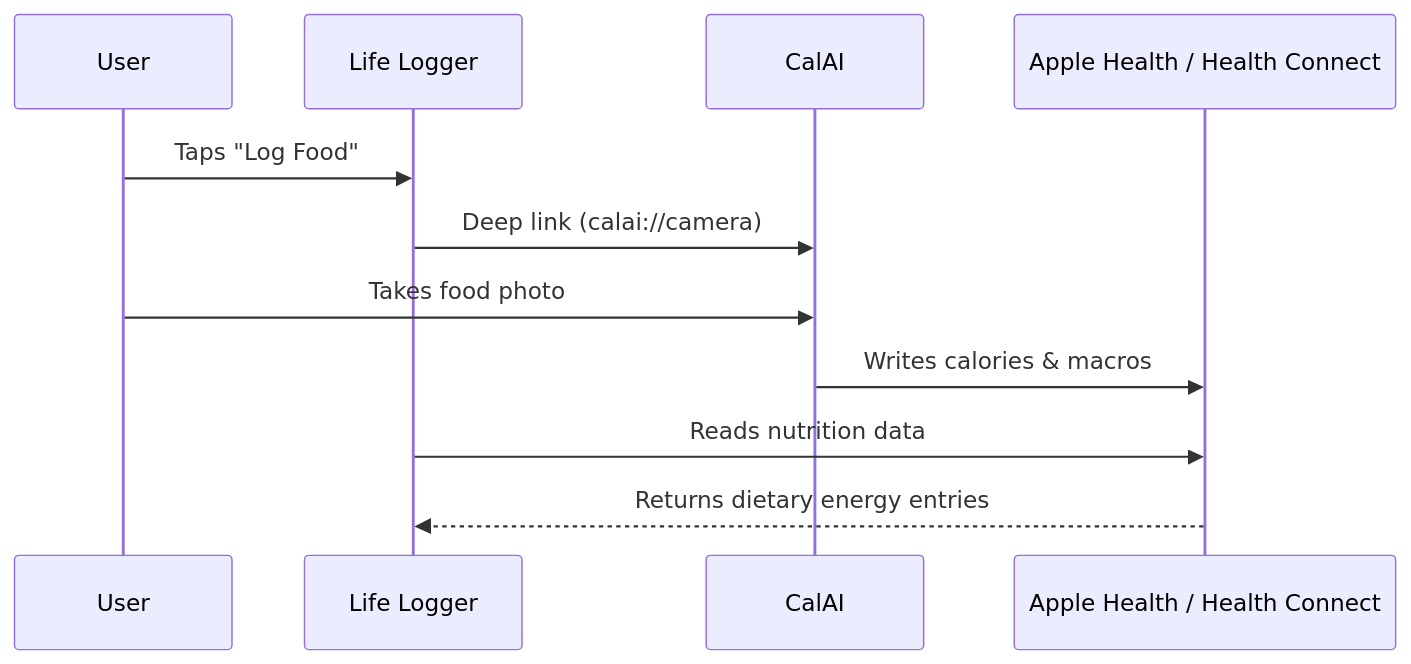
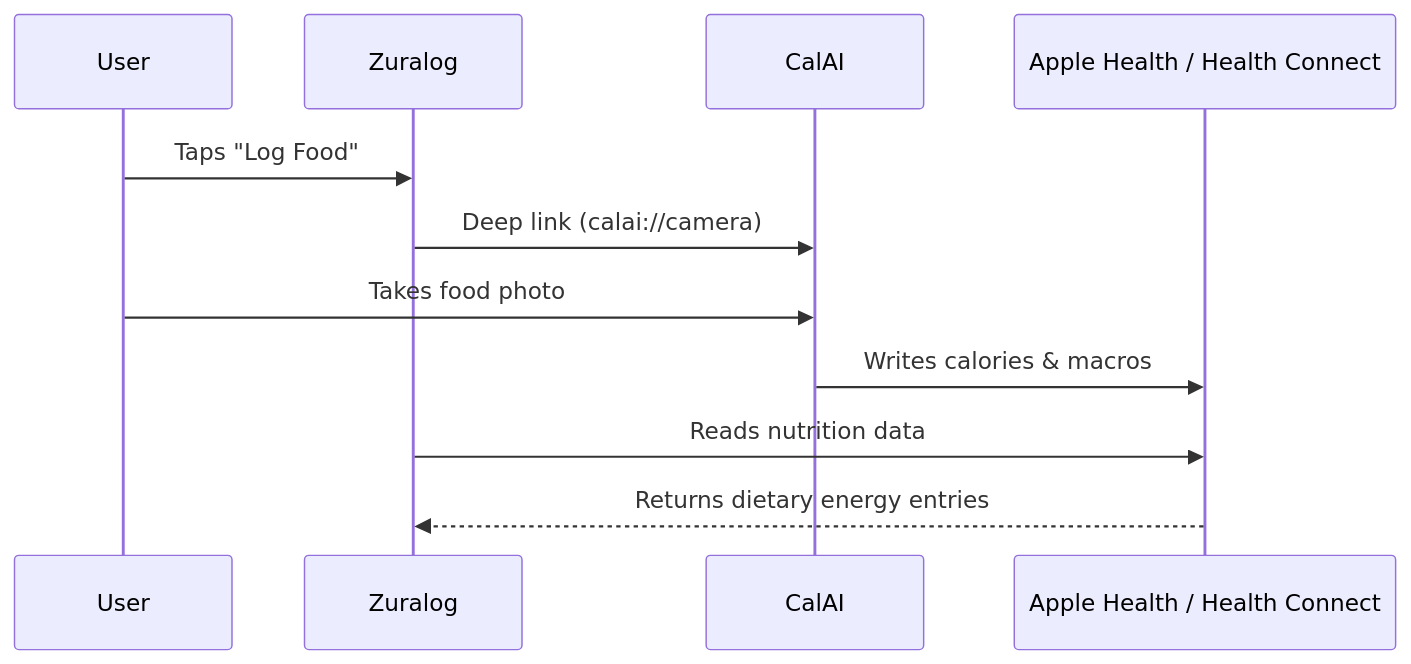
Before and after one commit to ZuraLog/Zuralog: the diagram in docs/plans/backend/integrations/calai-integration.md, drawn with Mermaid. The commit also changed other lines of this file and 246 other files, not shown here.

First line of the commit message:
feat: rebrand Life Logger to Zuralog across entire codebase

````diff
--- a/docs/plans/backend/integrations/calai-integration.md
+++ b/docs/plans/backend/integrations/calai-integration.md
@@ -9,14 +9,14 @@
 ```mermaid
 sequenceDiagram
     participant U as User
-    participant LL as Life Logger
+    participant LL as Zuralog
     participant CA as CalAI
     participant HS as Apple Health / Health Connect
 
     U->>LL: Taps "Log Food"
     LL->>CA: Deep link (calai://camera)
     U->>CA: Takes food photo
     CA->>HS: Writes calories & macros
     LL->>HS: Reads nutrition data
     HS-->>LL: Returns dietary energy entries
 ```
````
